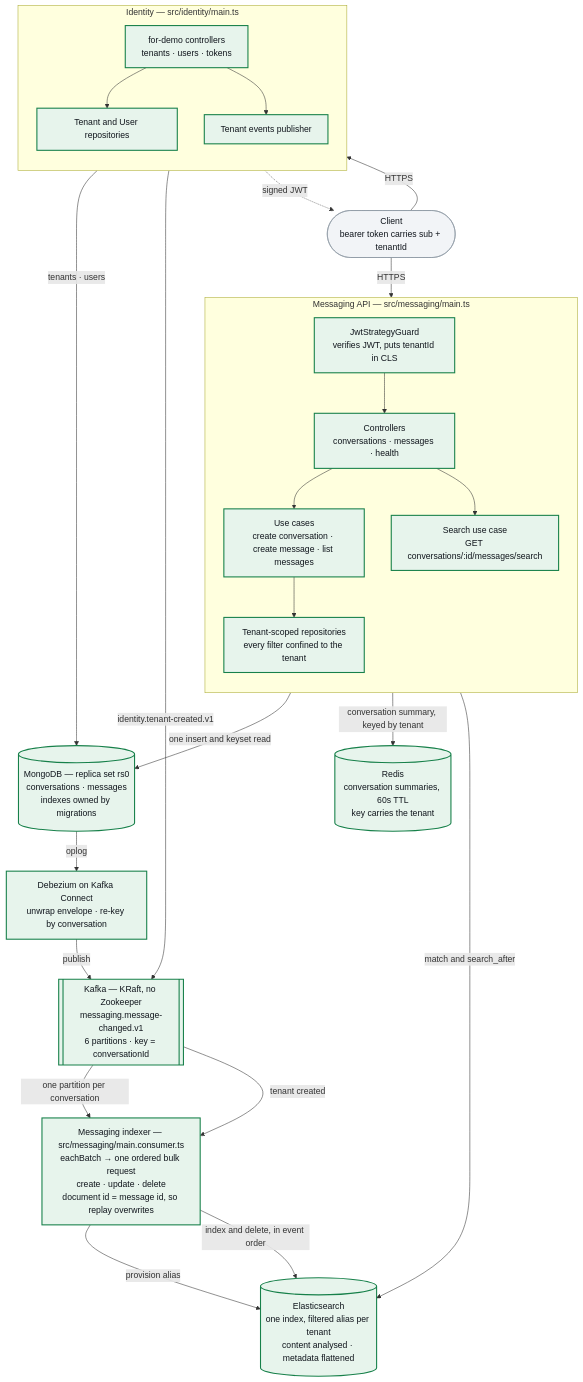
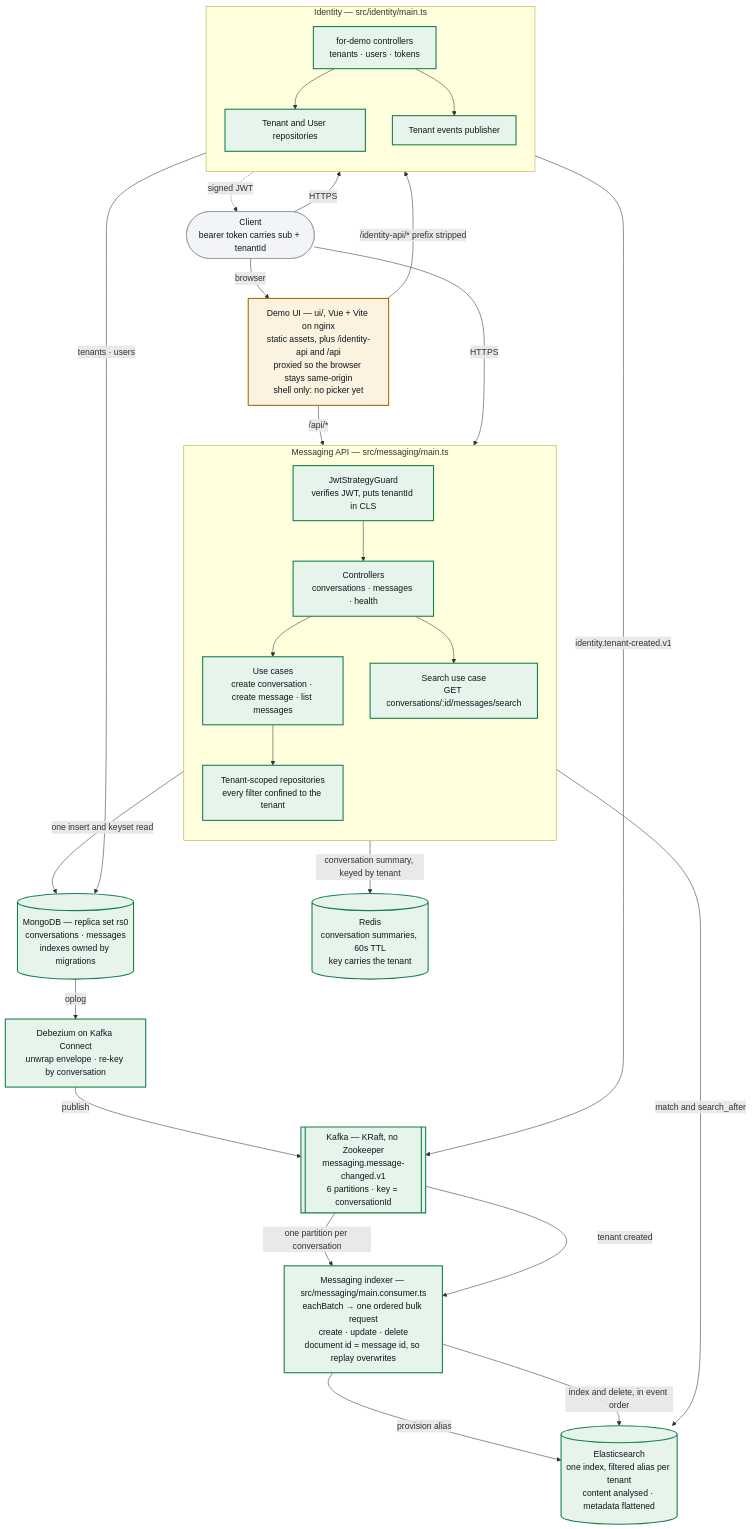
Before and after one commit to tiennguyen1203/tawkto-messaging: the diagram in docs/architecture.md, drawn with Mermaid. The commit also changed other lines of this file and 32 other files, not shown here.

````diff
--- a/docs/architecture.md
+++ b/docs/architecture.md
@@ -12,59 +12,65 @@
 ```mermaid
 flowchart TD
     client(["Client<br/>bearer token carries sub + tenantId"])
+
+    demoui["Demo UI — ui/, Vue + Vite on nginx<br/>static assets, plus /identity-api and /api<br/>proxied so the browser stays same-origin<br/>shell only: no picker yet"]
 
     subgraph identity["Identity — src/identity/main.ts"]
         direction TB
         idctl["for-demo controllers<br/>tenants · users · tokens"]
         idrepo["Tenant and User repositories"]
         idpub["Tenant events publisher"]
     end
 
     subgraph api["Messaging API — src/messaging/main.ts"]
         direction TB
         guard["JwtStrategyGuard<br/>verifies JWT, puts tenantId in CLS"]
         ctl["Controllers<br/>conversations · messages · health"]
         uc["Use cases<br/>create conversation · create message · list messages"]
         repo["Tenant-scoped repositories<br/>every filter confined to the tenant"]
         searchuc["Search use case<br/>GET conversations/:id/messages/search"]
     end
 
     mongo[("MongoDB — replica set rs0<br/>conversations · messages<br/>indexes owned by migrations")]
     redis[("Redis<br/>conversation summaries, 60s TTL<br/>key carries the tenant")]
     dbz["Debezium on Kafka Connect<br/>unwrap envelope · re-key by conversation"]
     kafka[["Kafka — KRaft, no Zookeeper<br/>messaging.message-changed.v1<br/>6 partitions · key = conversationId"]]
     consumer["Messaging indexer — src/messaging/main.consumer.ts<br/>eachBatch → one ordered bulk request<br/>create · update · delete<br/>document id = message id, so replay overwrites"]
     es[("Elasticsearch<br/>one index, filtered alias per tenant<br/>content analysed · metadata flattened")]
 
+    client -->|browser| demoui
+    demoui -->|/identity-api/* prefix stripped| idctl
+    demoui -->|/api/*| guard
     client -->|HTTPS| idctl
     idctl --> idrepo
     idctl --> idpub
     idrepo -->|tenants · users| mongo
     idpub -->|identity.tenant-created.v1| kafka
     idctl -.->|signed JWT| client
 
     client -->|HTTPS| guard
     guard --> ctl
     ctl --> uc
     uc --> repo
     repo -->|one insert and keyset read| mongo
     repo -->|conversation summary, keyed by tenant| redis
     mongo -->|oplog| dbz
     dbz -->|publish| kafka
     kafka -->|one partition per conversation| consumer
     kafka -->|tenant created| consumer
     consumer -->|provision alias| es
     consumer -->|index and delete, in event order| es
     ctl --> searchuc
     searchuc -->|match and search_after| es
 
     classDef done fill:#e7f4ec,stroke:#17804a,stroke-width:2px,color:#11161d
     classDef wip fill:#fbf2df,stroke:#a2700a,stroke-width:2px,color:#11161d
     classDef todo fill:#fbeceb,stroke:#b23a2f,stroke-width:2px,color:#11161d
     classDef plain fill:#f2f4f7,stroke:#8b95a1,stroke-width:1px,color:#11161d
 
     class client plain
     class guard,ctl,uc,repo,mongo,dbz,kafka,consumer,es,searchuc done
     class idctl,idrepo,idpub done
+    class demoui wip
     class redis done
 ```
````
